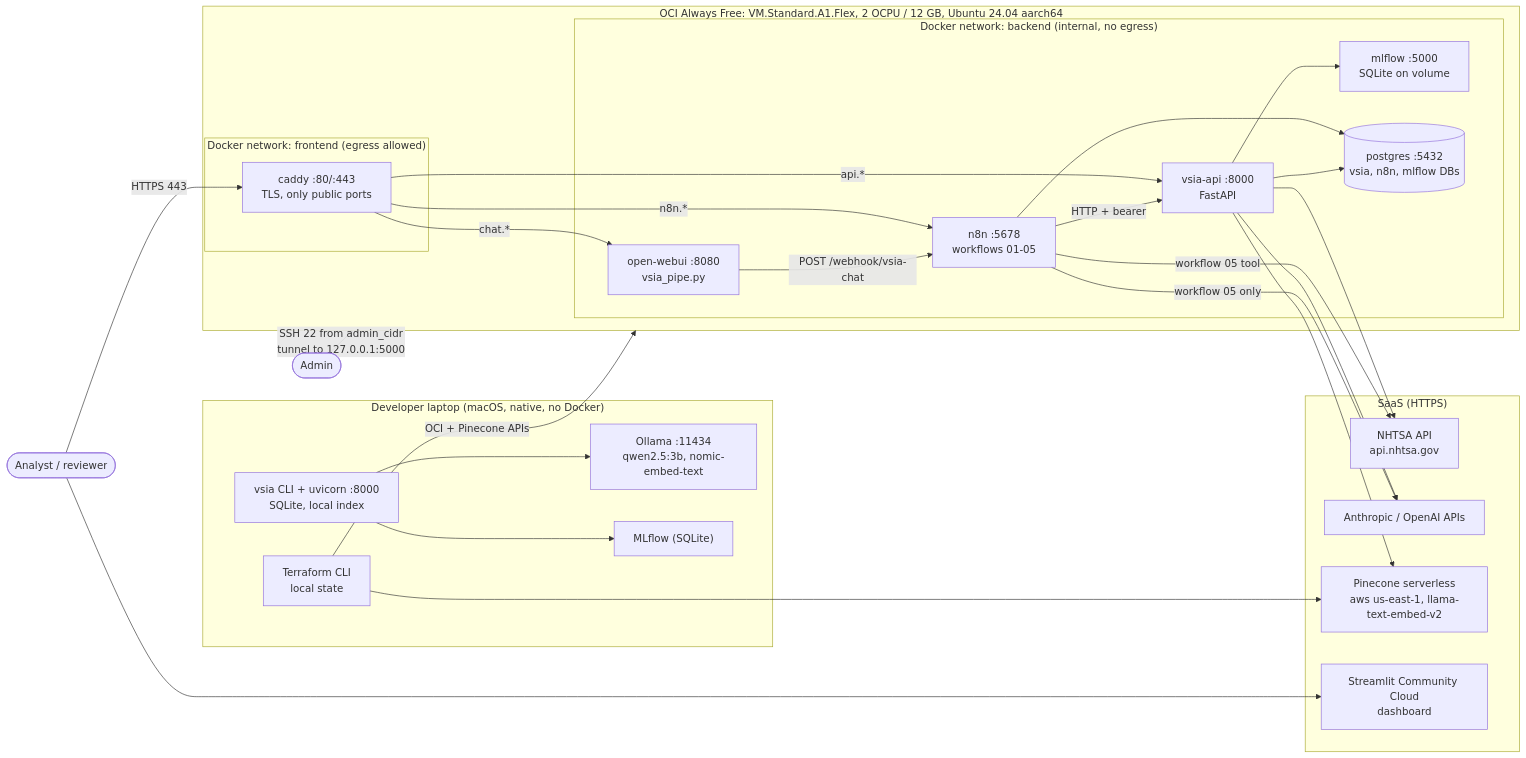
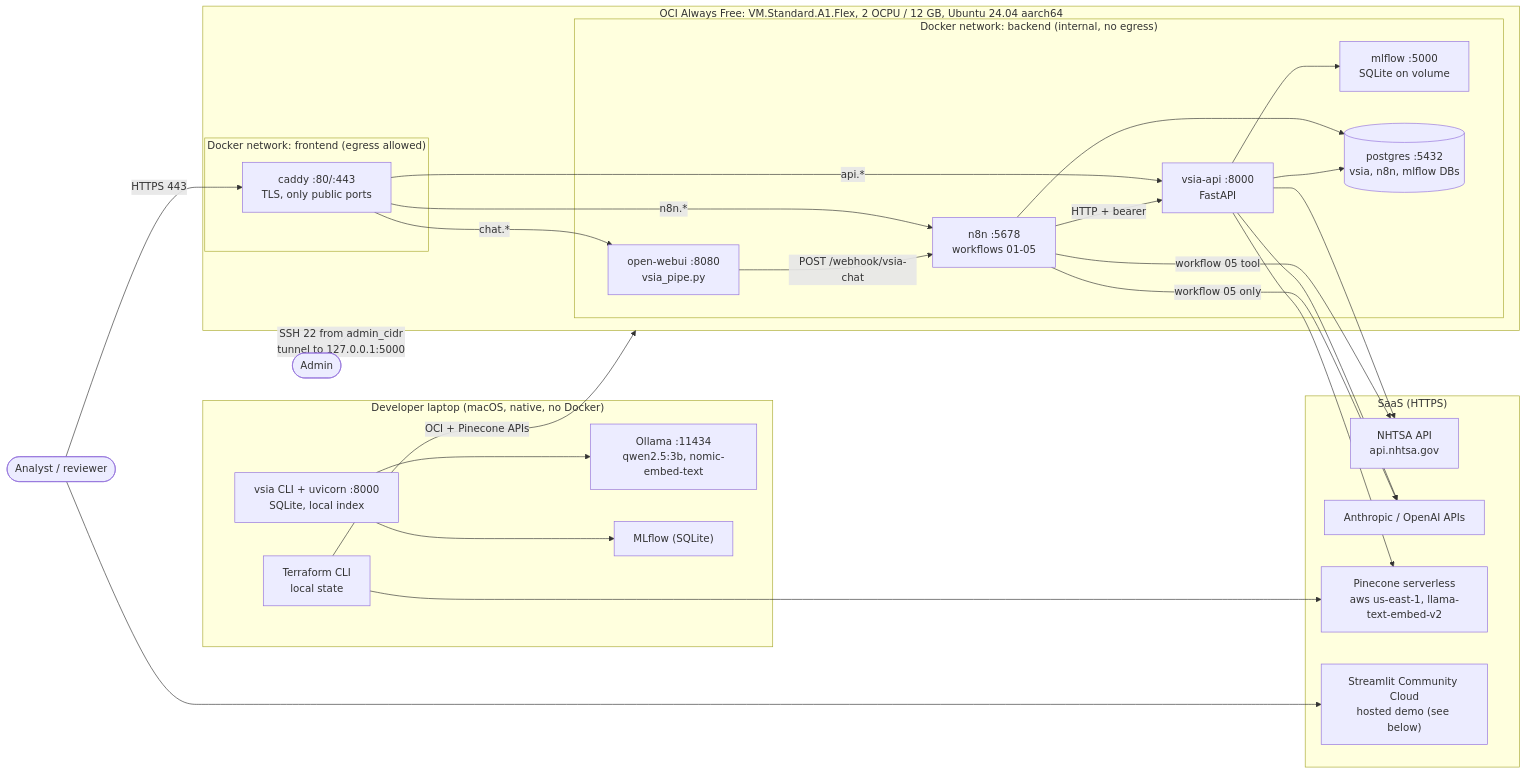
Before and after one commit to Yashgujre/vehicle-service-intelligence-agent: the first of 2 diagrams in docs/architecture/deployment.md, drawn with Mermaid. The commit also changed other lines of this file and 37 other files, not shown here.

First line of the commit message:
Shareable hosted demo: free Gemini/Groq gateway, visitor keys, in-process embedder, data bundle, Try and Ask pages

````diff
--- a/docs/architecture/deployment.md
+++ b/docs/architecture/deployment.md
@@ -17,50 +22,50 @@
 ```mermaid
 flowchart LR
   subgraph laptop["Developer laptop (macOS, native, no Docker)"]
     dev["vsia CLI + uvicorn :8000<br/>SQLite, local index"]
     ollama["Ollama :11434<br/>qwen2.5:3b, nomic-embed-text"]
     mlflowlocal["MLflow (SQLite)"]
     tf["Terraform CLI<br/>local state"]
     dev --> ollama
     dev --> mlflowlocal
   end
 
   subgraph oci["OCI Always Free: VM.Standard.A1.Flex, 2 OCPU / 12 GB, Ubuntu 24.04 aarch64"]
     subgraph front["Docker network: frontend (egress allowed)"]
       caddy["caddy :80/:443<br/>TLS, only public ports"]
     end
     subgraph back["Docker network: backend (internal, no egress)"]
       owui["open-webui :8080<br/>vsia_pipe.py"]
       n8n["n8n :5678<br/>workflows 01-05"]
       api["vsia-api :8000<br/>FastAPI"]
       mlflow["mlflow :5000<br/>SQLite on volume"]
       pg[("postgres :5432<br/>vsia, n8n, mlflow DBs")]
     end
     caddy -->|"chat.*"| owui
     caddy -->|"n8n.*"| n8n
     caddy -->|"api.*"| api
     owui -->|"POST /webhook/vsia-chat"| n8n
     n8n -->|"HTTP + bearer"| api
     n8n --> pg
     api --> pg
     api --> mlflow
   end
 
   subgraph saas["SaaS (HTTPS)"]
     nhtsa["NHTSA API<br/>api.nhtsa.gov"]
     llm["Anthropic / OpenAI APIs"]
     pine["Pinecone serverless<br/>aws us-east-1, llama-text-embed-v2"]
-    st["Streamlit Community Cloud<br/>dashboard"]
+    st["Streamlit Community Cloud<br/>hosted demo (see below)"]
   end
 
   user(["Analyst / reviewer"]) -->|"HTTPS 443"| caddy
   user --> st
   admin(["Admin"]) -->|"SSH 22 from admin_cidr<br/>tunnel to 127.0.0.1:5000"| oci
   api --> nhtsa
   api --> llm
   api --> pine
   n8n -->|"workflow 05 only"| llm
   n8n -->|"workflow 05 tool"| nhtsa
   tf -->|"OCI + Pinecone APIs"| oci
   tf --> pine
 ```
````
